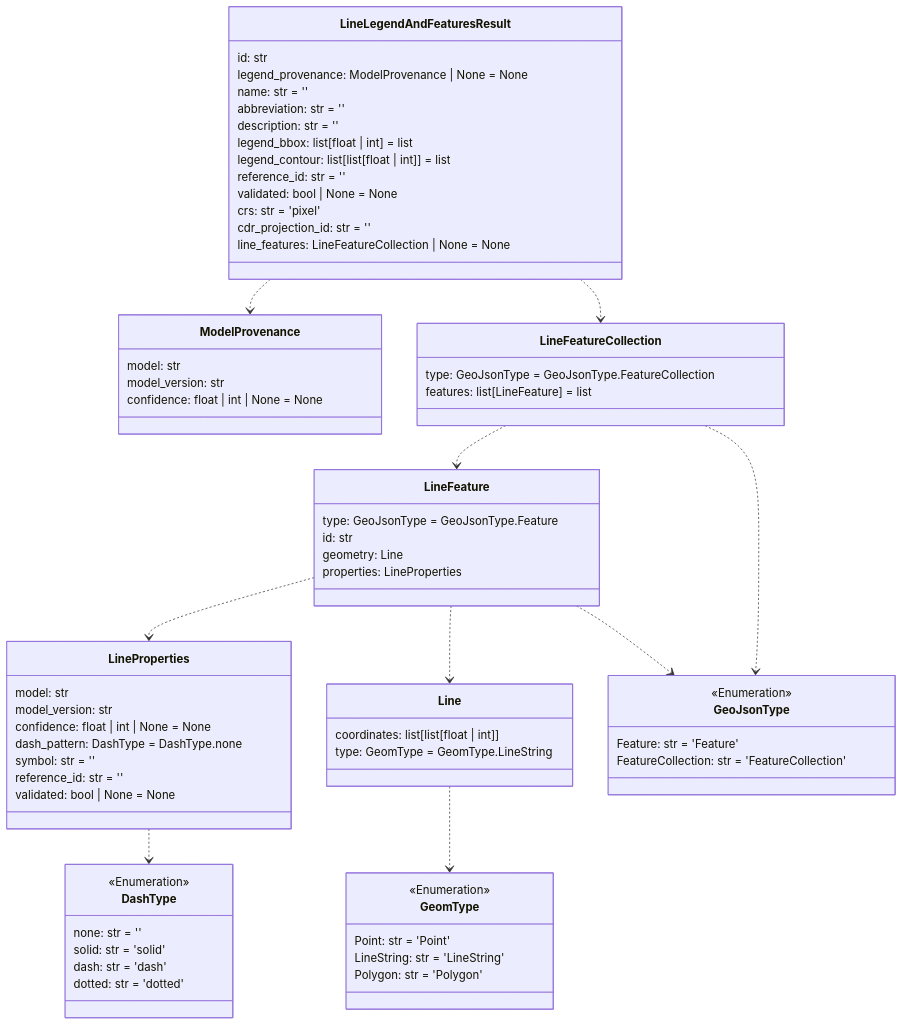
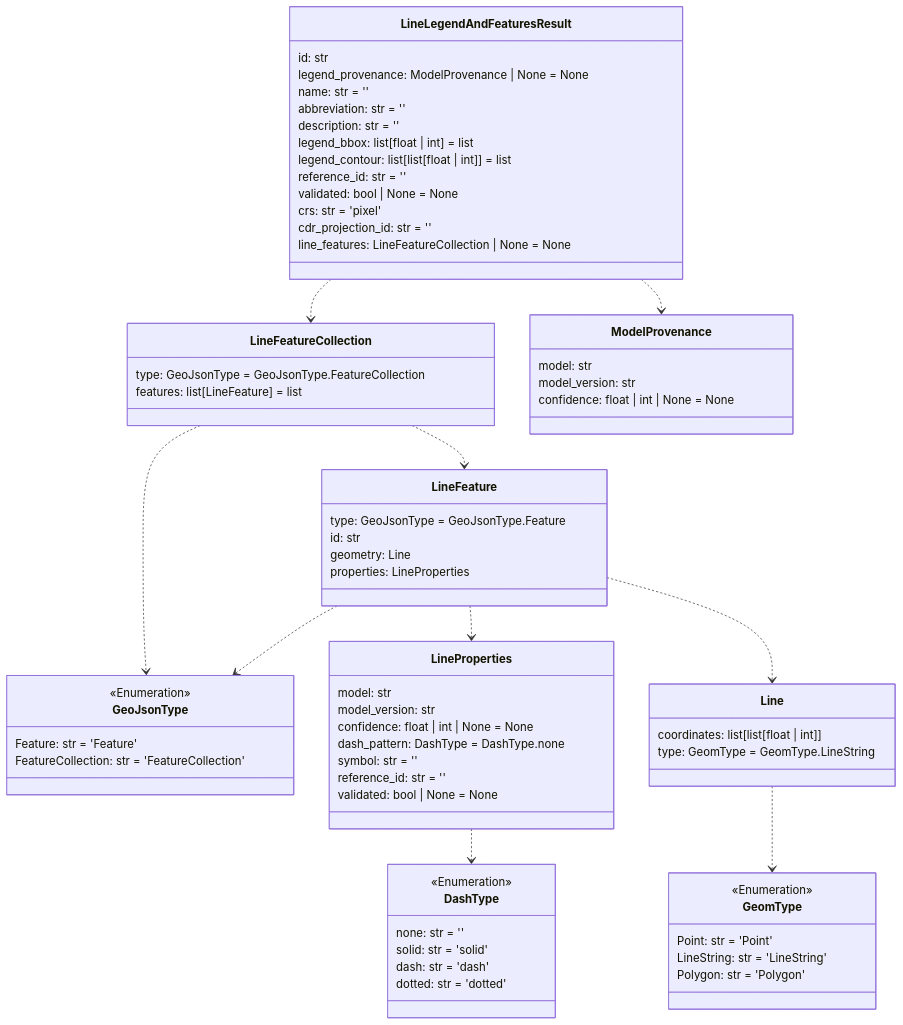
Before and after one commit to DARPA-CRITICALMAAS/cdr_schemas: the sixth of 14 diagrams in README.md, drawn with Mermaid. The commit also changed other lines of this file and 1 other file, not shown here.

````diff
--- a/README.md
+++ b/README.md
@@ -452,84 +452,84 @@
 ```mermaid
 classDiagram
 
-    class LineProperties {
-        model: str
-        model_version: str
-        confidence: float | int | None = None
-        dash_pattern: DashType = DashType.none
-        symbol: str = ''
-        reference_id: str = ''
-        validated: bool | None = None
+    class GeoJsonType {
+        <<Enumeration>>
+        Feature: str = 'Feature'
+        FeatureCollection: str = 'FeatureCollection'
     }
 
     class Line {
         coordinates: list[list[float | int]]
         type: GeomType = GeomType.LineString
+    }
+
+    class LineFeatureCollection {
+        type: GeoJsonType = GeoJsonType.FeatureCollection
+        features: list[LineFeature] = list
+    }
+
+    class LineFeature {
+        type: GeoJsonType = GeoJsonType.Feature
+        id: str
+        geometry: Line
+        properties: LineProperties
+    }
+
+    class DashType {
+        <<Enumeration>>
+        none: str = ''
+        solid: str = 'solid'
+        dash: str = 'dash'
+        dotted: str = 'dotted'
     }
 
     class LineLegendAndFeaturesResult {
         id: str
         legend_provenance: ModelProvenance | None = None
         name: str = ''
         abbreviation: str = ''
         description: str = ''
         legend_bbox: list[float | int] = list
         legend_contour: list[list[float | int]] = list
         reference_id: str = ''
         validated: bool | None = None
         crs: str = 'pixel'
         cdr_projection_id: str = ''
         line_features: LineFeatureCollection | None = None
     }
 
-    class GeoJsonType {
-        <<Enumeration>>
-        Feature: str = 'Feature'
-        FeatureCollection: str = 'FeatureCollection'
-    }
-
-    class DashType {
-        <<Enumeration>>
-        none: str = ''
-        solid: str = 'solid'
-        dash: str = 'dash'
-        dotted: str = 'dotted'
-    }
-
-    class LineFeature {
-        type: GeoJsonType = GeoJsonType.Feature
-        id: str
-        geometry: Line
-        properties: LineProperties
-    }
-
     class GeomType {
         <<Enumeration>>
         Point: str = 'Point'
         LineString: str = 'LineString'
         Polygon: str = 'Polygon'
     }
 
     class ModelProvenance {
         model: str
         model_version: str
         confidence: float | int | None = None
     }
 
-    class LineFeatureCollection {
-        type: GeoJsonType = GeoJsonType.FeatureCollection
-        features: list[LineFeature] = list
+    class LineProperties {
+        model: str
+        model_version: str
+        confidence: float | int | None = None
+        dash_pattern: DashType = DashType.none
+        symbol: str = ''
+        reference_id: str = ''
+        validated: bool | None = None
     }
 
     Line ..> GeomType
     LineProperties ..> DashType
     LineFeature ..> LineProperties
+    LineFeature ..> GeoJsonType
     LineFeature ..> Line
-    LineFeature ..> GeoJsonType
+    LineFeatureCollection ..> GeoJsonType
     LineFeatureCollection ..> LineFeature
-    LineFeatureCollection ..> GeoJsonType
+    LineLegendAndFeaturesResult ..> LineFeatureCollection
     LineLegendAndFeaturesResult ..> ModelProvenance
-    LineLegendAndFeaturesResult ..> LineFeatureCollection
 
 
 ```
````
